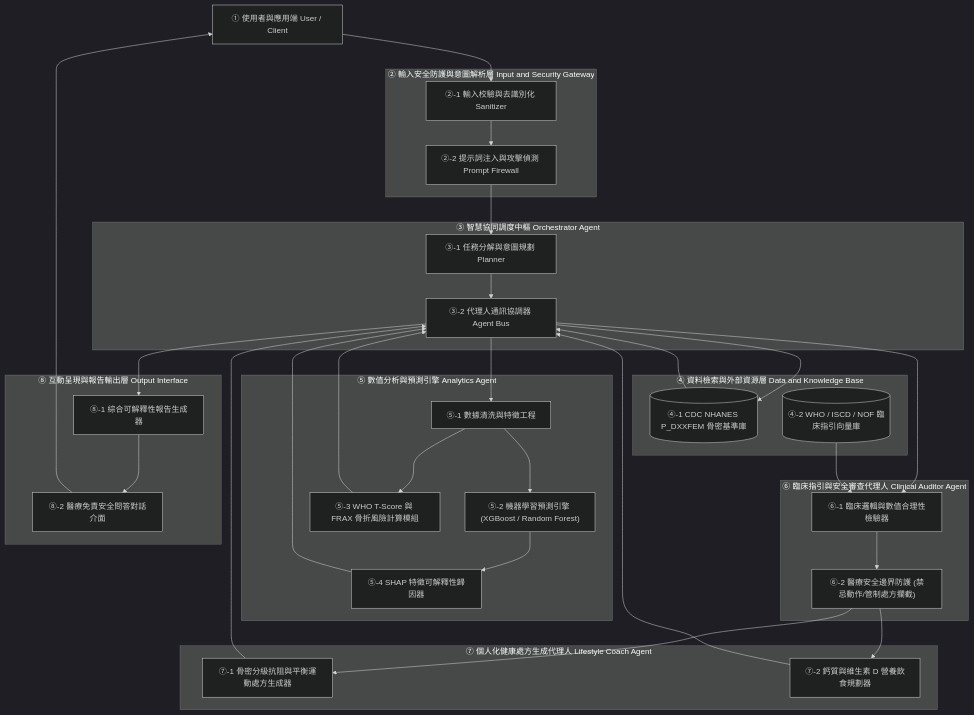
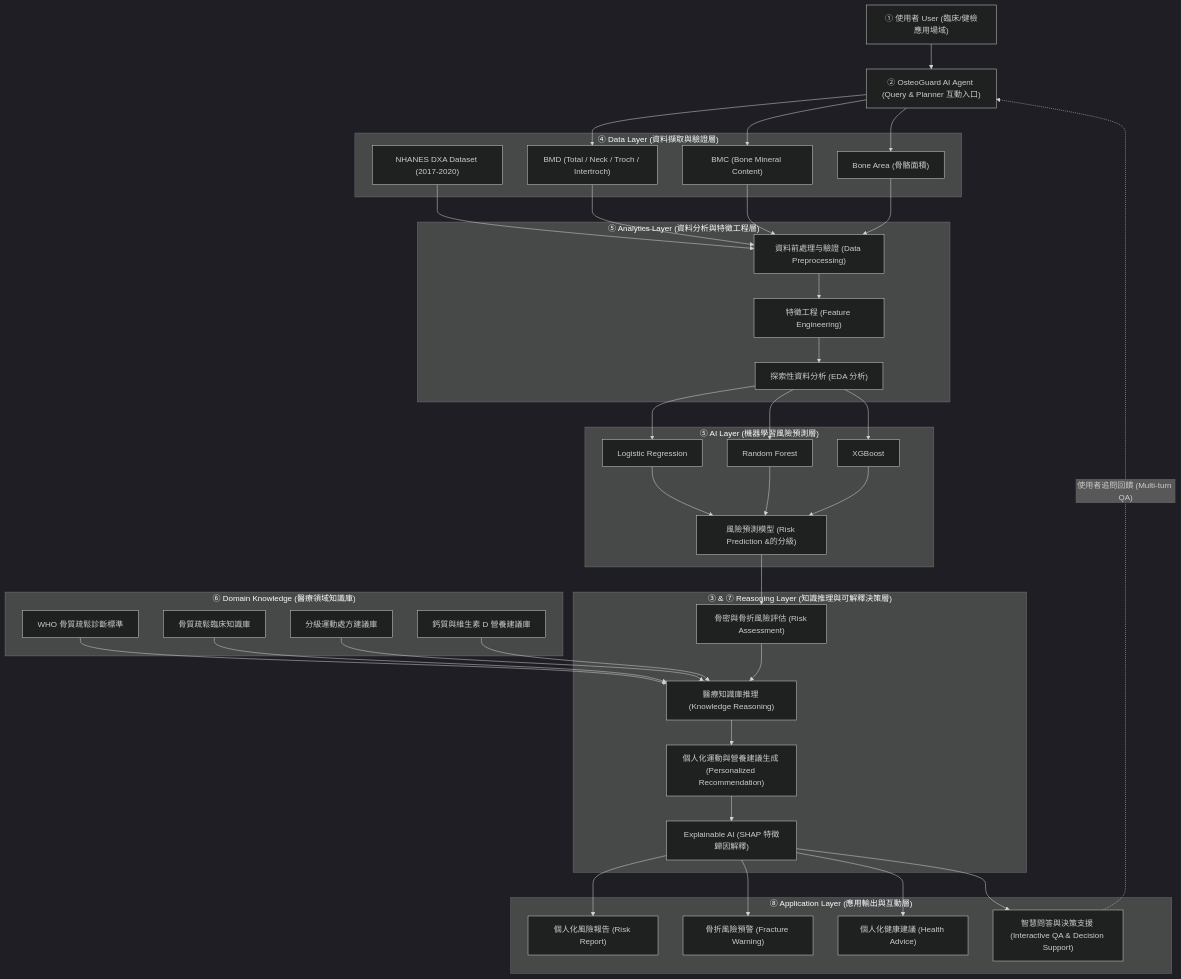
One commit to contemplator/nchu-bone-health-agent changed the first of 2 diagrams in PROPOSAL.md. Above: the diagram before and after it, drawn with Mermaid (dark theme). The commit also changed other lines of this file and 4 other files, not shown here.

````diff
--- a/PROPOSAL.md
+++ b/PROPOSAL.md
@@ -163,71 +214,77 @@
 ```mermaid
 flowchart TD
-    User["① 使用者與應用端 User / Client"]
-    
-    subgraph S1 ["② 輸入安全防護與意圖解析層 Input and Security Gateway"]
-        InputGate["②-1 輸入校驗與去識別化 Sanitizer"]
-        SecFilter["②-2 提示詞注入與攻擊偵測 Prompt Firewall"]
-    end
 
-    subgraph S2 ["③ 智慧協同調度中樞 Orchestrator Agent"]
-        Planner["③-1 任務分解與意圖規劃 Planner"]
-        Coordinator["③-2 代理人通訊協調器 Agent Bus"]
-    end
+A["① 使用者 User (臨床/健檢應用場域)"] --> B["② OsteoGuard AI Agent (Query & Planner 互動入口)"]
 
-    subgraph S3 ["④ 資料檢索與外部資源層 Data and Knowledge Base"]
-        Dataset[("④-1 CDC NHANES P_DXXFEM 骨密基準庫")]
-        GuidelineDB[("④-2 WHO / ISCD / NOF 臨床指引向量庫")]
-    end
+subgraph Data_Layer ["④ Data Layer (資料擷取與驗證層)"]
+C["NHANES DXA Dataset (2017-2020)"]
+D["BMD (Total / Neck / Troch / Intertroch)"]
+E["BMC (Bone Mineral Content)"]
+F["Bone Area (骨骼面積)"]
+end
 
-    subgraph S4 ["⑤ 數值分析與預測引擎 Analytics Agent"]
-        Preprocess["⑤-1 數據清洗與特徵工程"]
-        MLPredict["⑤-2 機器學習預測引擎 (XGBoost / Random Forest)"]
-        TScoreCalc["⑤-3 WHO T-Score 與 FRAX 骨折風險計算模組"]
-        XAI["⑤-4 SHAP 特徵可解釋性歸因器"]
-    end
+subgraph Analytics_Layer ["⑤ Analytics Layer (資料分析與特徵工程層)"]
+G["資料前處理与驗證 (Data Preprocessing)"]
+H["特徵工程 (Feature Engineering)"]
+I["探索性資料分析 (EDA 分析)"]
+end
 
-    subgraph S5 ["⑥ 臨床指引與安全審查代理人 Clinical Auditor Agent"]
-        ClinicalRule["⑥-1 臨床邏輯與數值合理性檢驗器"]
-        SafetyGuard["⑥-2 醫療安全邊界防護 (禁忌動作/管制處方攔截)"]
-    end
+subgraph AI_Layer ["⑤ AI Layer (機器學習風險預測層)"]
+J["Logistic Regression"]
+K["Random Forest"]
+L["XGBoost"]
+M["風險預測模型 (Risk Prediction &的分級)"]
+end
 
-    subgraph S6 ["⑦ 個人化健康處方生成代理人 Lifestyle Coach Agent"]
-        ExerciseGen["⑦-1 骨密分級抗阻與平衡運動處方生成器"]
-        NutritionGen["⑦-2 鈣質與維生素 D 營養飲食規劃器"]
-    end
+subgraph Domain_Knowledge ["⑥ Domain Knowledge (醫療領域知識庫)"]
+N["WHO 骨質疏鬆診斷標準"]
+O["骨質疏鬆臨床知識庫"]
+P["分級運動處方建議庫"]
+Q["鈣質與維生素 D 營養建議庫"]
+end
 
-    subgraph S7 ["⑧ 互動呈現與報告輸出層 Output Interface"]
-        ReportGen["⑧-1 綜合可解釋性報告生成器"]
-        ChatInterface["⑧-2 醫療免責安全問答對話介面"]
-    end
+subgraph Reasoning_Layer ["③ & ⑦ Reasoning Layer (知識推理與可解釋決策層)"]
+R["骨密與骨折風險評估 (Risk Assessment)"]
+S["醫療知識庫推理 (Knowledge Reasoning)"]
+T["個人化運動與營養建議生成 (Personalized Recommendation)"]
+U["Explainable AI (SHAP 特徵歸因解釋)"]
+end
 
-    User --> InputGate
-    InputGate --> SecFilter
-    SecFilter --> Planner
-    
-    Planner --> Coordinator
-    Coordinator --> Dataset
-    Dataset --> Coordinator
-    Coordinator --> Preprocess
-    
-    Preprocess --> MLPredict
-    Preprocess --> TScoreCalc
-    MLPredict --> XAI
-    
-    TScoreCalc --> Coordinator
-    XAI --> Coordinator
-    
-    Coordinator --> ClinicalRule
-    GuidelineDB --> ClinicalRule
-    ClinicalRule --> SafetyGuard
-    
-    SafetyGuard --> ExerciseGen
-    SafetyGuard --> NutritionGen
-    
-    ExerciseGen --> Coordinator
-    NutritionGen --> Coordinator
-    
-    Coordinator --> ReportGen
-    ReportGen --> ChatInterface
-    ChatInterface --> User
+subgraph Application_Layer ["⑧ Application Layer (應用輸出與互動層)"]
+V["個人化風險報告 (Risk Report)"]
+W["骨折風險預警 (Fracture Warning)"]
+X["個人化健康建議 (Health Advice)"]
+Y["智慧問答與決策支援 (Interactive QA & Decision Support)"]
+end
+
+B --> D
+B --> E
+B --> F
+C --> G
+D --> G
+E --> G
+F --> G
+
+G --> H --> I
+I --> J
+I --> K
+I --> L
+
+J --> M
+K --> M
+L --> M
+
+M --> R
+N --> S
+O --> S
+P --> S
+Q --> S
+
+R --> S --> T --> U
+
+U --> V
+U --> W
+U --> X
+U --> Y
+Y -. "使用者追問回饋 (Multi-turn QA)" .-> B
 ```
````
